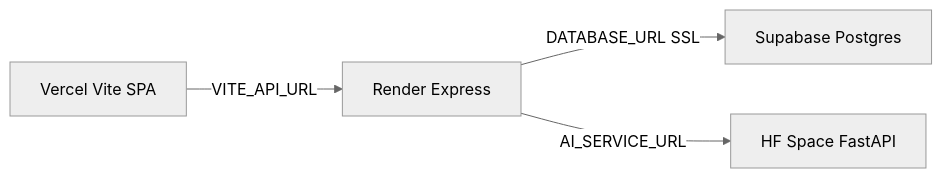
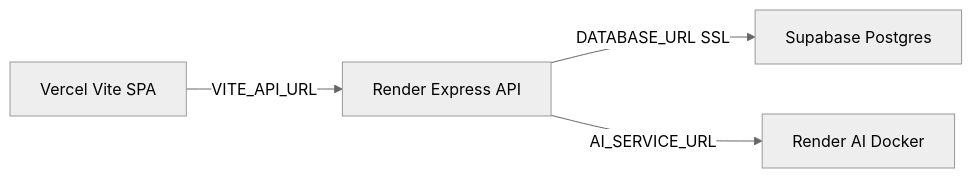
One commit to goSTYLO/RescueLink changed the diagram in Documentation/backend/DEPLOYMENT.md. Above: the diagram before and after it, drawn with Mermaid (neutral theme). The commit also changed other lines of this file and 21 other files, not shown here.

````diff
--- a/Documentation/backend/DEPLOYMENT.md
+++ b/Documentation/backend/DEPLOYMENT.md
@@ -12,6 +12,6 @@
 ```mermaid
 flowchart LR
-  vercel["Vercel Vite SPA"] -->|"VITE_API_URL"| render["Render Express"]
-  render -->|"DATABASE_URL SSL"| supabase["Supabase Postgres"]
-  render -->|"AI_SERVICE_URL"| hf["HF Space FastAPI"]
+  vercel["Vercel Vite SPA"] -->|"VITE_API_URL"| renderApi["Render Express API"]
+  renderApi -->|"DATABASE_URL SSL"| supabase["Supabase Postgres"]
+  renderApi -->|"AI_SERVICE_URL"| renderAi["Render AI Docker"]
 ```
````
